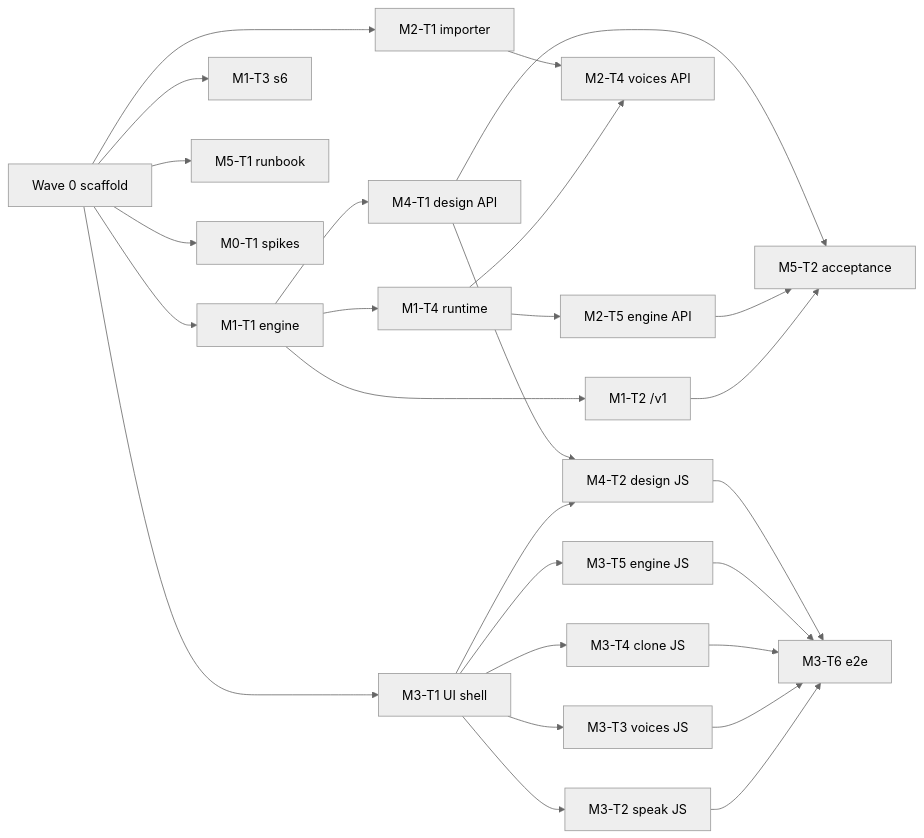
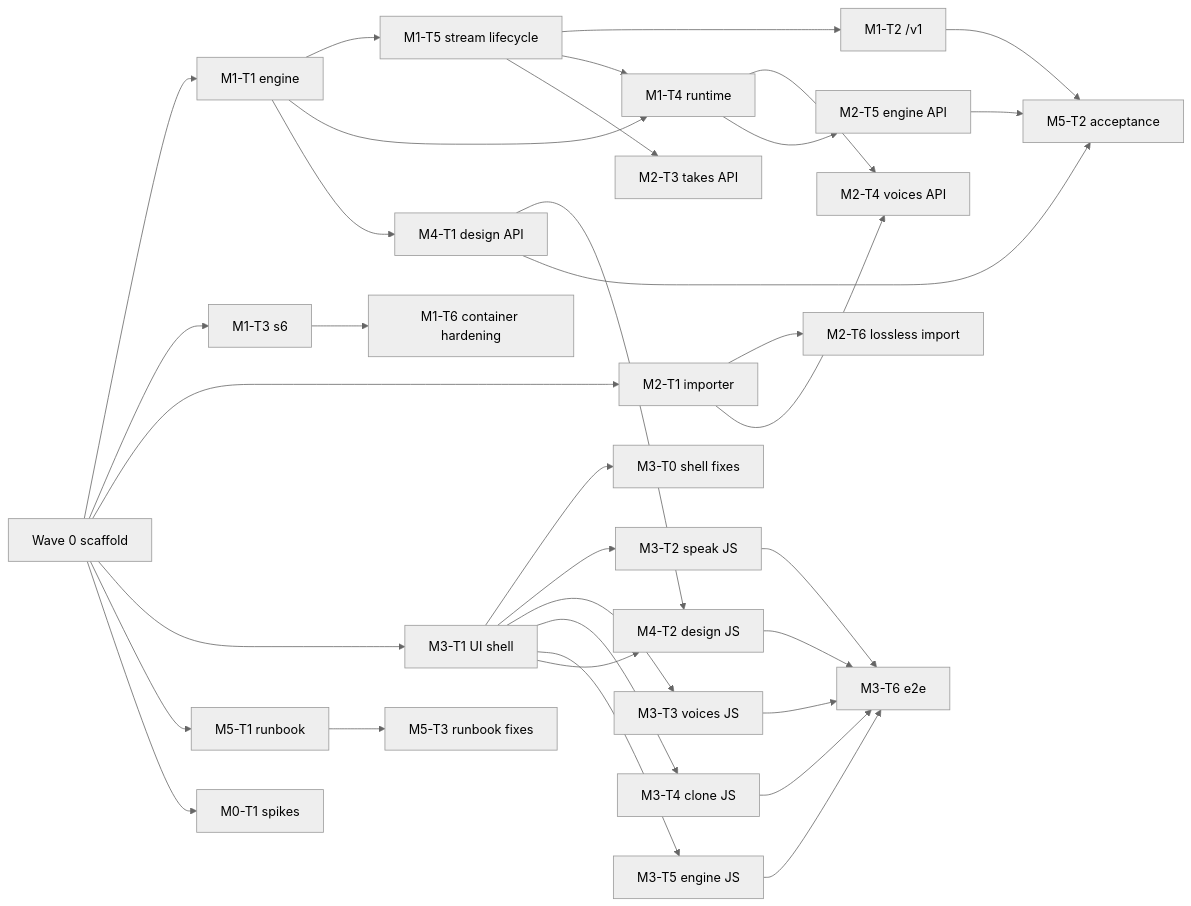
One commit to eroji/voxcpm2-openai changed the diagram in docs/PLAN.md. Above: the diagram before and after it, drawn with Mermaid (neutral theme). The commit also changed other lines of this file and 5 other files, not shown here.

Commit message:
chore(contracts): stream handle API, engine status reason, RTF/speed semantics

````diff
--- a/docs/PLAN.md
+++ b/docs/PLAN.md
@@ -183,29 +188,36 @@
 ```mermaid
 graph LR
   S0[Wave 0 scaffold] --> M1T1[M1-T1 engine]
   S0 --> M1T3[M1-T3 s6]
   S0 --> M2T1[M2-T1 importer]
   S0 --> M3T1[M3-T1 UI shell]
   S0 --> M5T1[M5-T1 runbook]
   S0 --> M0T1[M0-T1 spikes]
-  M1T1 --> M1T2[M1-T2 /v1]
+  M1T1 --> M1T5[M1-T5 stream lifecycle]
+  M1T5 --> M1T2[M1-T2 /v1]
   M1T1 --> M1T4[M1-T4 runtime]
   M1T1 --> M4T1[M4-T1 design API]
+  M1T3[M1-T3 s6] --> M1T6[M1-T6 container hardening]
+  M2T1 --> M2T6[M2-T6 lossless import]
+  M3T1 --> M3T0[M3-T0 shell fixes]
+  M5T1 --> M5T3[M5-T3 runbook fixes]
   M1T4 --> M2T4[M2-T4 voices API]
+  M1T5 --> M1T4[M1-T4 runtime]
   M2T1 --> M2T4
   M1T4 --> M2T5[M2-T5 engine API]
   M3T1 --> M3T2[M3-T2 speak JS]
   M3T1 --> M3T3[M3-T3 voices JS]
   M3T1 --> M3T4[M3-T4 clone JS]
   M3T1 --> M3T5[M3-T5 engine JS]
   M3T1 --> M4T2[M4-T2 design JS]
+  M1T5 --> M2T3[M2-T3 takes API]
   M4T1 --> M4T2
   M3T2 --> M3T6[M3-T6 e2e]
   M3T3 --> M3T6
   M3T4 --> M3T6
   M3T5 --> M3T6
   M4T2 --> M3T6
   M1T2 --> M5T2[M5-T2 acceptance]
   M2T5 --> M5T2
   M4T1 --> M5T2
 ```
````
